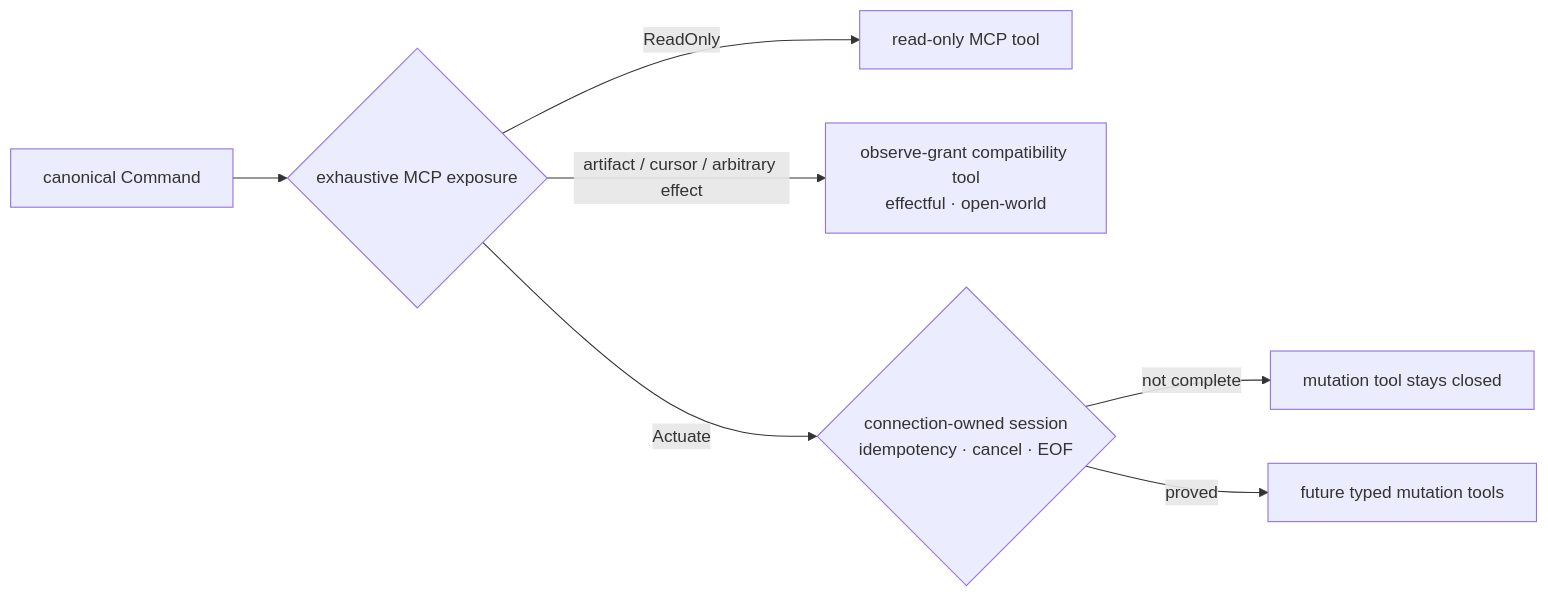
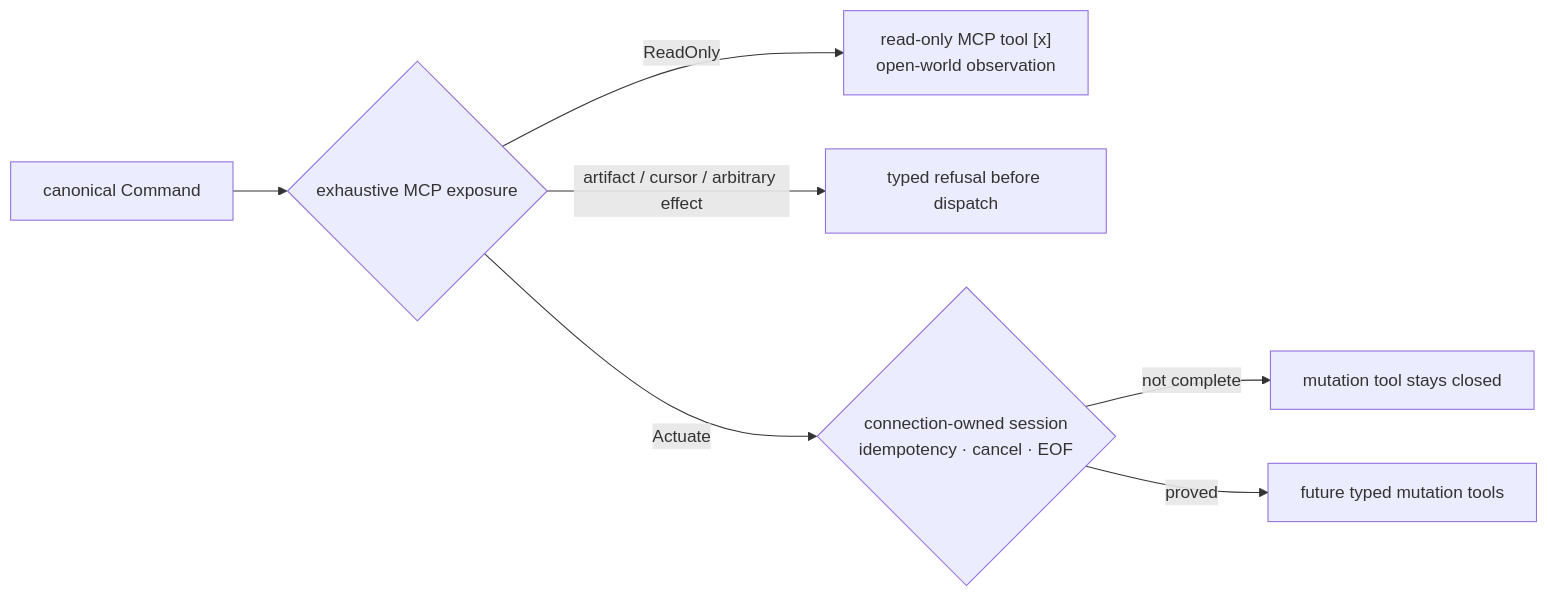
One commit to partnernetsoftware/agenterm changed the diagram in prd/PRD_02_11_mcp_orchestration.md. Above: the diagram before and after it, drawn with Mermaid. The commit also changed other lines of this file and 10 other files, not shown here.

Commit message:
fix: enforce read-only MCP command exposure

````diff
--- a/prd/PRD_02_11_mcp_orchestration.md
+++ b/prd/PRD_02_11_mcp_orchestration.md
@@ -221,9 +224,9 @@
   ```mermaid
   flowchart LR
     CMD["canonical Command"] --> CLASS{"exhaustive MCP exposure"}
-    CLASS -->|ReadOnly| RO["read-only MCP tool"]
-    CLASS -->|artifact / cursor / arbitrary effect| BROAD["observe-grant compatibility tool<br/>effectful · open-world"]
+    CLASS -->|ReadOnly| RO["read-only MCP tool [x]<br/>open-world observation"]
+    CLASS -->|artifact / cursor / arbitrary effect| BROAD["typed refusal before dispatch"]
     CLASS -->|Actuate| LIFE{"connection-owned session<br/>idempotency · cancel · EOF"}
     LIFE -->|not complete| CLOSED["mutation tool stays closed"]
     LIFE -->|proved| MUT["future typed mutation tools"]
   ```
````
